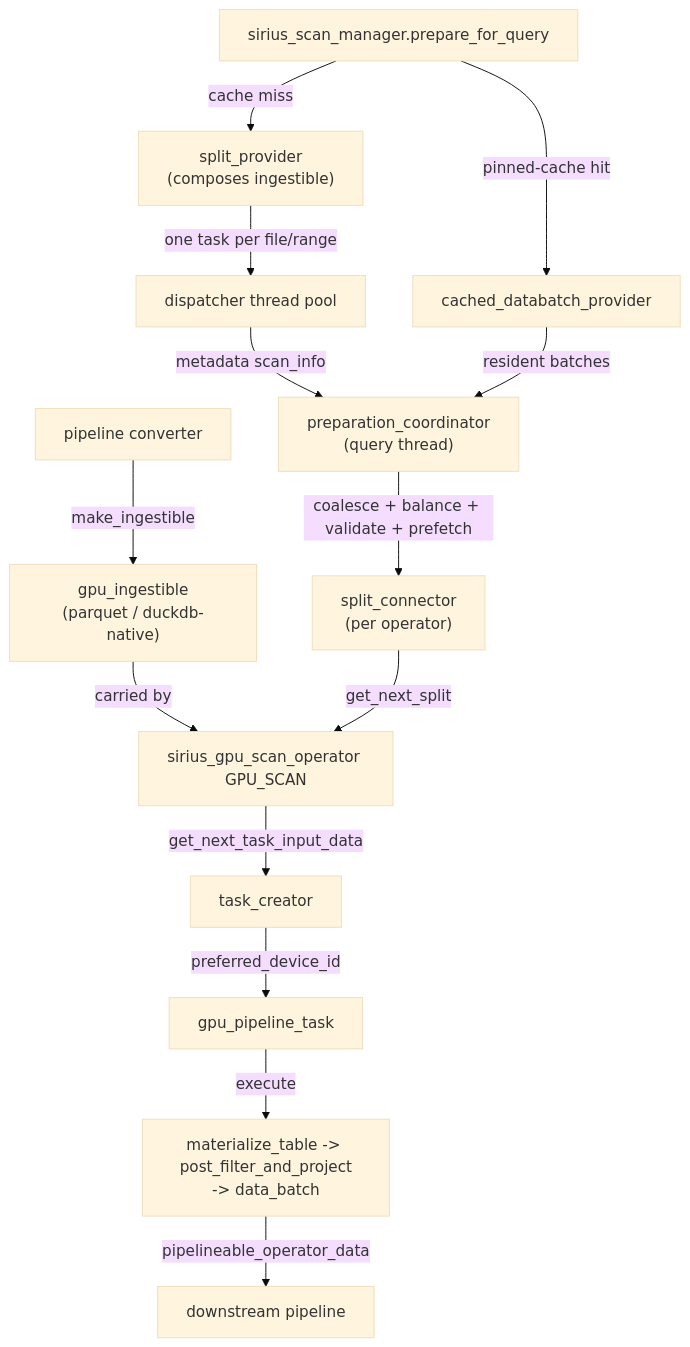
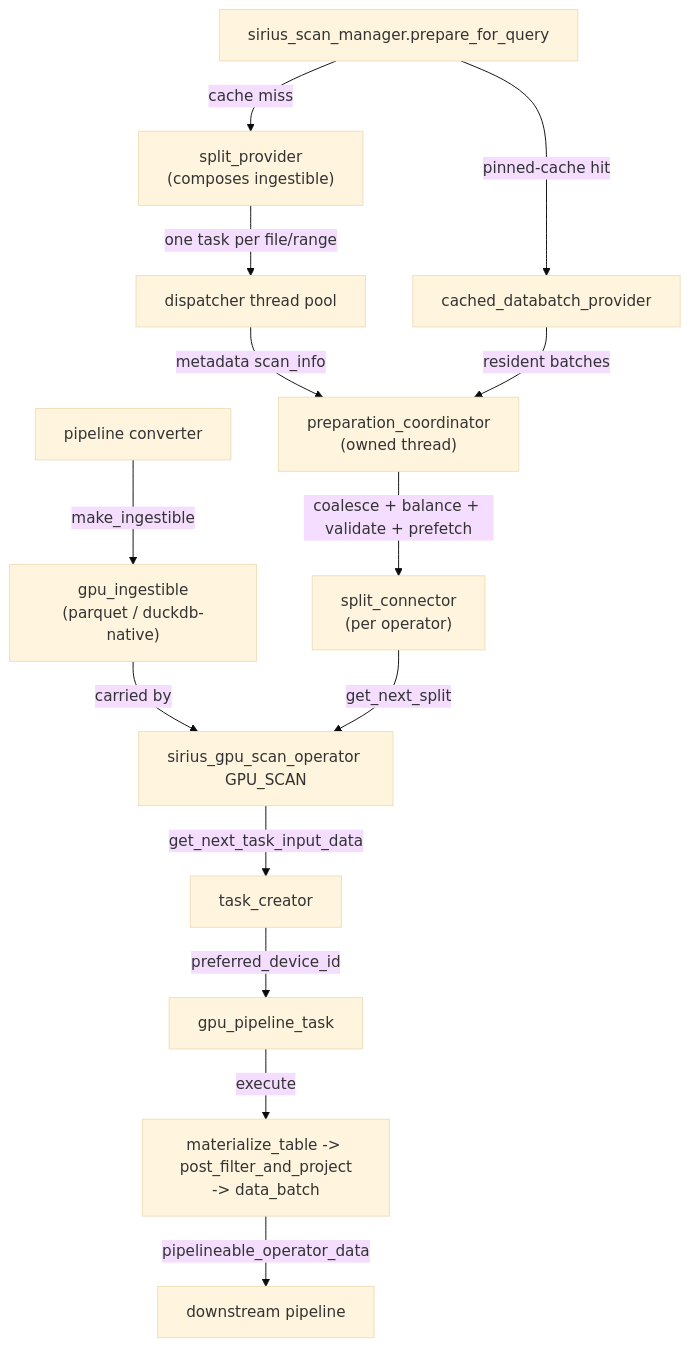
One commit to sirius-db/sirius changed the diagram in docs/super-sirius/scan.md. Above: the diagram before and after it, drawn with Mermaid (base theme). The commit also changed other lines of this file and 62 other files, not shown here.

First line of the commit message:
feat(scan): support bounded preparation across reader execution domains

````diff
--- a/docs/super-sirius/scan.md
+++ b/docs/super-sirius/scan.md
@@ -672,20 +674,20 @@
 ```mermaid
 graph TD
     CONV[pipeline converter] -->|make_ingestible| ING["gpu_ingestible<br/>(parquet / duckdb-native)"]
     ING -->|carried by| OP[sirius_gpu_scan_operator GPU_SCAN]
 
     SM[sirius_scan_manager.prepare_for_query] -->|cache miss| SP["split_provider<br/>(composes ingestible)"]
     SM -->|pinned-cache hit| DBP[cached_databatch_provider]
 
     SP -->|one task per file/range| DISP[dispatcher thread pool]
-    DISP -->|metadata scan_info| SEQ["preparation_coordinator<br/>(query thread)"]
+    DISP -->|metadata scan_info| SEQ["preparation_coordinator<br/>(owned thread)"]
     DBP -->|resident batches| SEQ
 
     SEQ -->|coalesce + balance + validate + prefetch| SC["split_connector<br/>(per operator)"]
     SC -->|get_next_split| OP
 
     OP -->|get_next_task_input_data| TC[task_creator]
     TC -->|preferred_device_id| GPT[gpu_pipeline_task]
     GPT -->|execute| EX["materialize_table -> post_filter_and_project<br/>-> data_batch"]
     EX -->|pipelineable_operator_data| NEXT[downstream pipeline]
 ```
````
